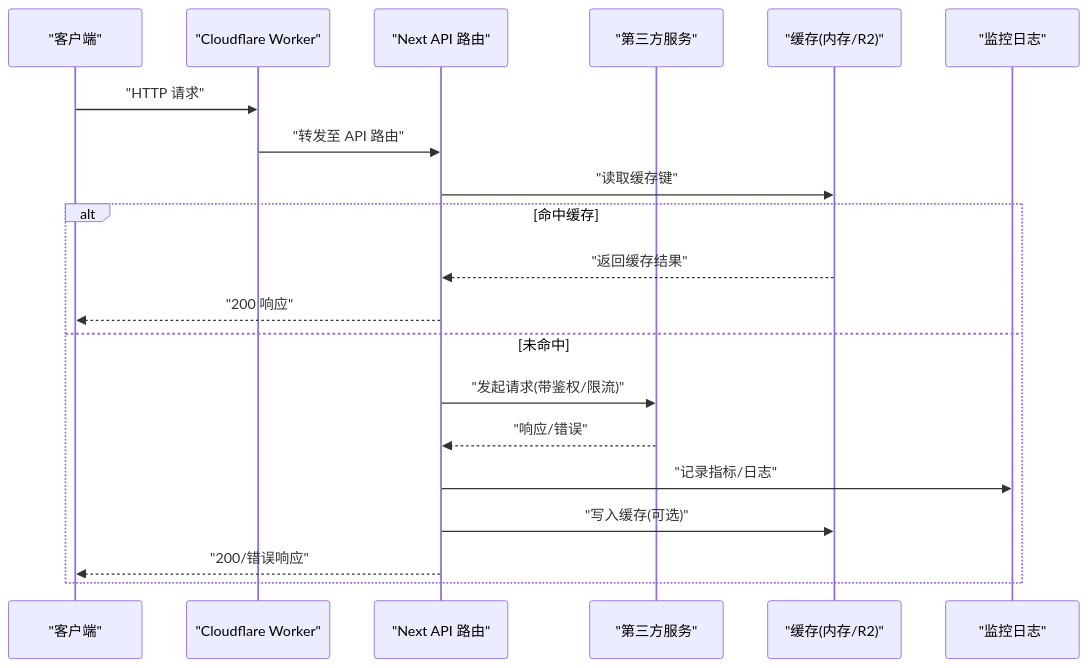
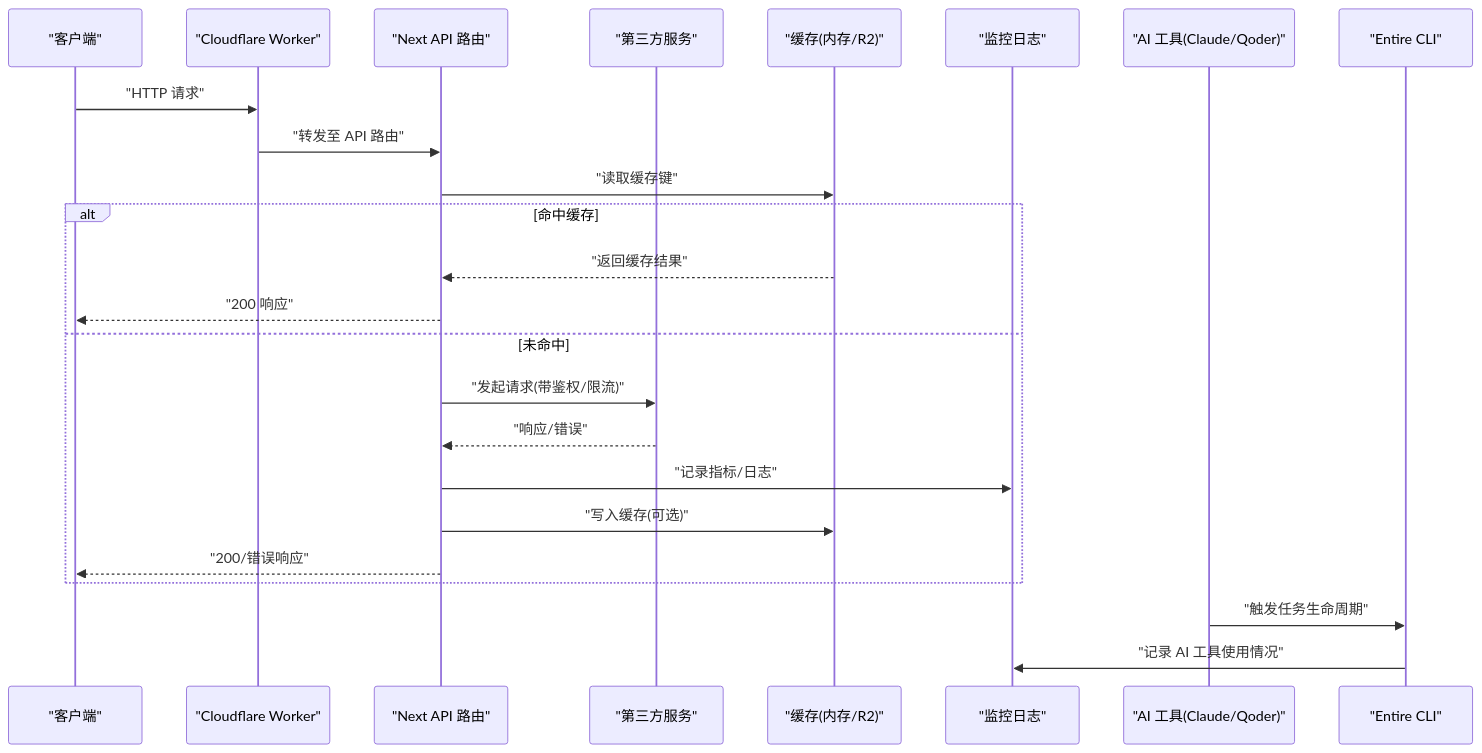
Before and after one commit to pnnh/weable: the second of 6 diagrams in .qoder/repowiki/zh/content/开发指南/扩展开发/第三方服务集成.md, drawn with Mermaid. The commit also changed other lines of this file and 159 other files, not shown here.

````diff
--- a/.qoder/repowiki/zh/content/开发指南/扩展开发/第三方服务集成.md
+++ b/.qoder/repowiki/zh/content/开发指南/扩展开发/第三方服务集成.md
@@ -94,22 +119,26 @@
 ```mermaid
 sequenceDiagram
 participant Client as "客户端"
 participant Worker as "Cloudflare Worker"
 participant Next as "Next API 路由"
 participant Svc as "第三方服务"
 participant Cache as "缓存(内存/R2)"
 participant Log as "监控日志"
+participant AI as "AI 工具(Claude/Qoder)"
+participant Entire as "Entire CLI"
 Client->>Worker : "HTTP 请求"
 Worker->>Next : "转发至 API 路由"
 Next->>Cache : "读取缓存键"
 alt 命中缓存
 Cache-->>Next : "返回缓存结果"
 Next-->>Client : "200 响应"
 else 未命中
 Next->>Svc : "发起请求(带鉴权/限流)"
 Svc-->>Next : "响应/错误"
 Next->>Log : "记录指标/日志"
 Next->>Cache : "写入缓存(可选)"
 Next-->>Client : "200/错误响应"
 end
+AI->>Entire : "触发任务生命周期"
+Entire->>Log : "记录 AI 工具使用情况"
 ```
````
